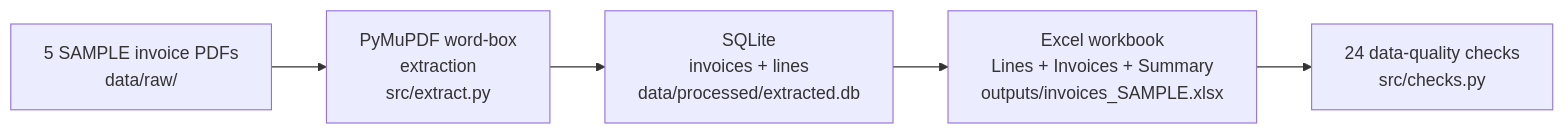
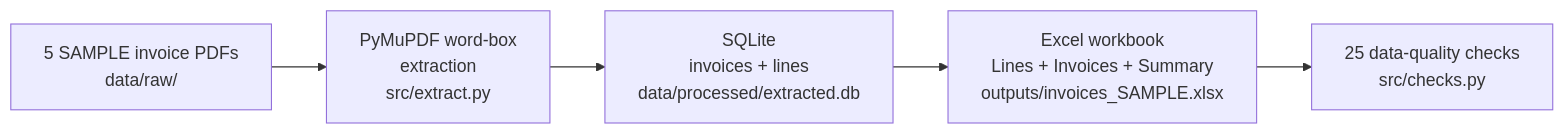
Before and after one commit to mhkh-stock/p6-pdf-to-excel-conversion: the diagram in README.md, drawn with Mermaid. The commit also changed other lines of this file and 2 other files, not shown here.

Commit message:
Completeness fixes round 2: repo link in README, MONEY regex accepts whole-rupee and 1-decimal amounts + regression check (25 checks), Summary screenshot noted

````diff
--- a/README.md
+++ b/README.md
@@ -20,7 +22,7 @@
 ```mermaid
 flowchart LR
     A[5 SAMPLE invoice PDFs<br/>data/raw/] --> B[PyMuPDF word-box<br/>extraction<br/>src/extract.py]
     B --> C[SQLite<br/>invoices + lines<br/>data/processed/extracted.db]
     C --> D[Excel workbook<br/>Lines + Invoices + Summary<br/>outputs/invoices_SAMPLE.xlsx]
-    D --> E[24 data-quality checks<br/>src/checks.py]
+    D --> E[25 data-quality checks<br/>src/checks.py]
 ```
````
